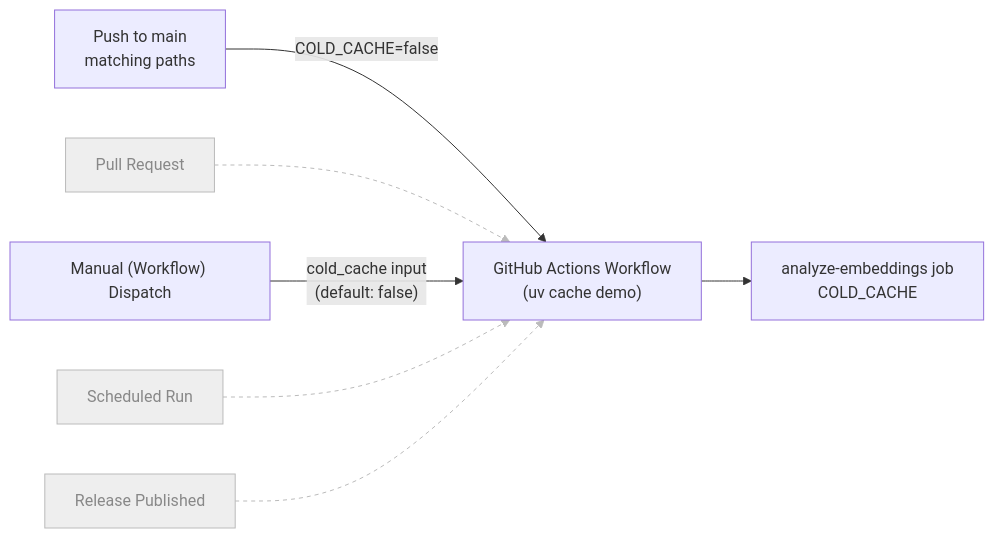
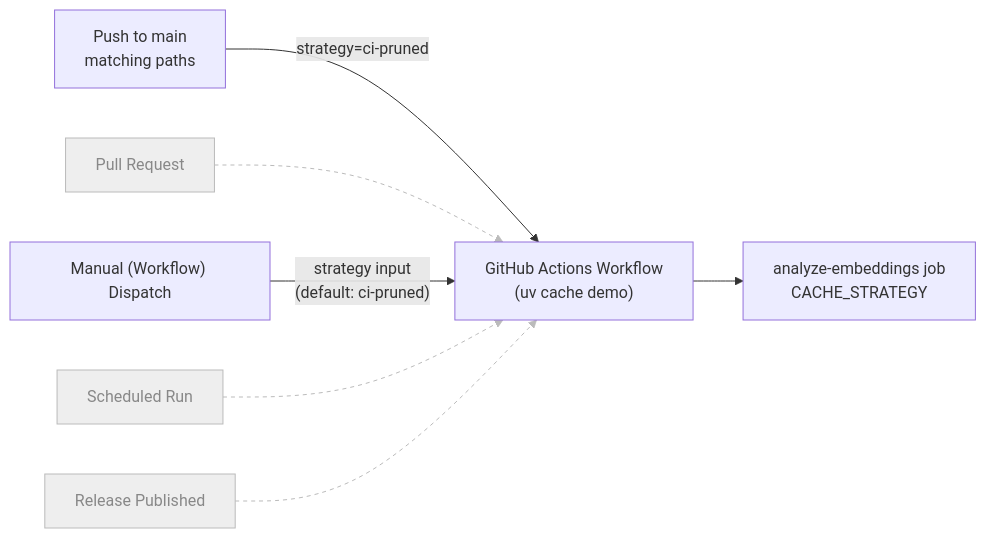
Before and after one commit to ValentinTwin1206/modern-python-devops-egineering: the second of 2 diagrams in docs/chapter-03/section-04.md, drawn with Mermaid. The commit also changed other lines of this file and 9 other files, not shown here.

````diff
--- a/docs/chapter-03/section-04.md
+++ b/docs/chapter-03/section-04.md
@@ -57,13 +112,13 @@
 ```mermaid
 flowchart LR
-    A["Push to main<br>matching paths"] -->|"COLD_CACHE=false"| W["GitHub Actions Workflow<br>(uv cache demo)"]
+    A["Push to main<br>matching paths"] -->|"strategy=ci-pruned"| W["GitHub Actions Workflow<br>(uv cache demo)"]
     B["Pull Request"] --> W
-    C["Manual (Workflow) Dispatch"] -->|"cold_cache input<br>(default: false)"| W
+    C["Manual (Workflow) Dispatch"] -->|"strategy input<br>(default: ci-pruned)"| W
     D["Scheduled Run"] --> W
     E["Release Published"] --> W
-    W --> J["analyze-embeddings job<br>COLD_CACHE"]
+    W --> J["analyze-embeddings job<br>CACHE_STRATEGY"]
 
     classDef unused fill:#eee,stroke:#bbb,color:#888
     class B,D,E unused
     linkStyle 1,3,4 stroke:#bbb,stroke-dasharray:4 4
 ```
````
